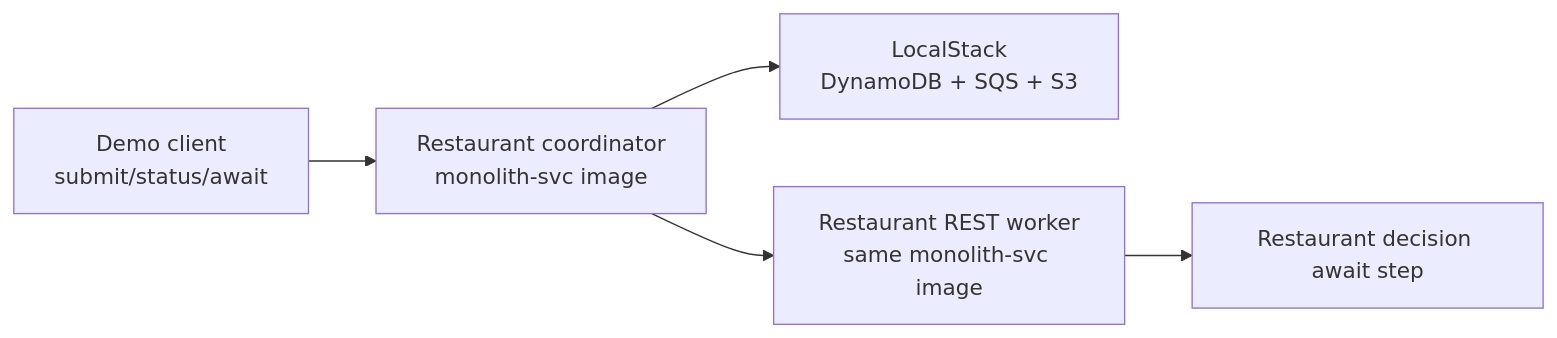
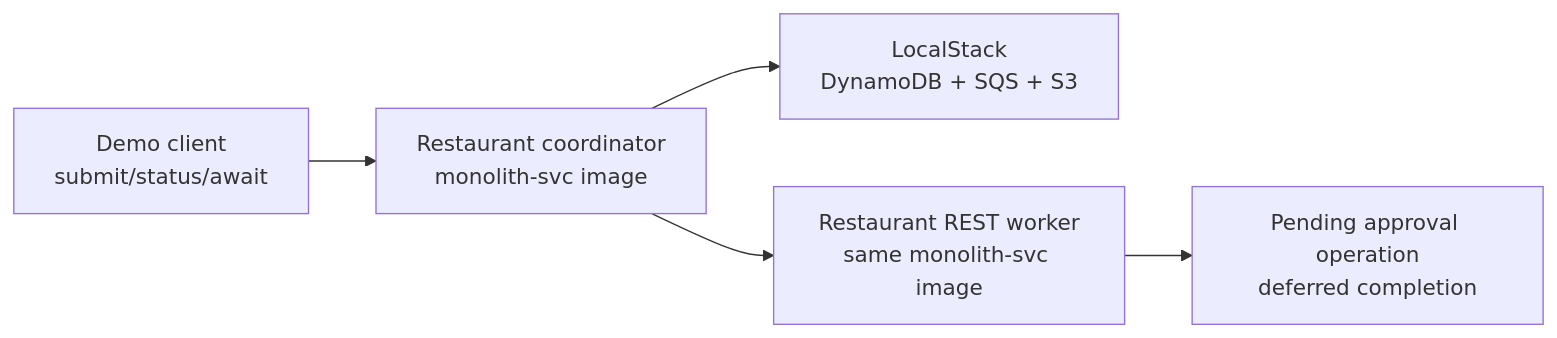
One commit to The-Pipeline-Framework/pipelineframework changed the fourth of 6 diagrams in docs/evolve/durable-coordinator/coordinator-worker-topology.md. Above: the diagram before and after it, drawn with Mermaid. The commit also changed 168 other files, not shown here.

Commit message:
Make Await an orthogonal deferred-completion modifier

````diff
--- a/docs/evolve/durable-coordinator/coordinator-worker-topology.md
+++ b/docs/evolve/durable-coordinator/coordinator-worker-topology.md
@@ -113,7 +113,7 @@
 ```mermaid
 flowchart LR
     User["Demo client<br/>submit/status/await"] --> Coord["Restaurant coordinator<br/>monolith-svc image"]
     Coord --> LocalStack["LocalStack<br/>DynamoDB + SQS + S3"]
     Coord --> Worker["Restaurant REST worker<br/>same monolith-svc image"]
-    Worker --> Await["Restaurant decision await step"]
+    Worker --> Await["Pending approval operation<br/>deferred completion"]
 ```
````
